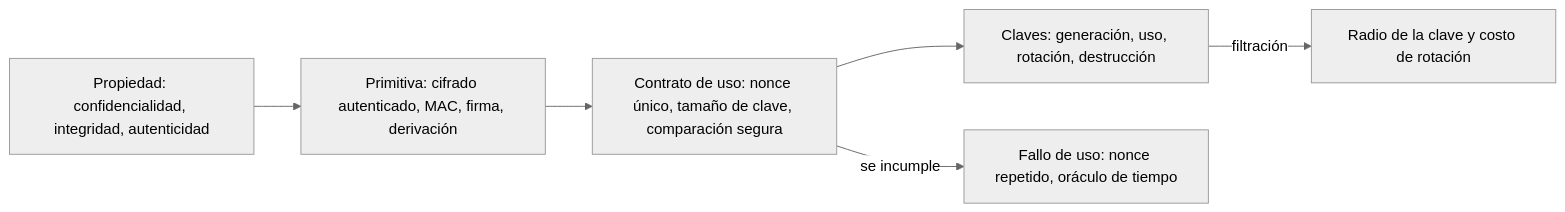
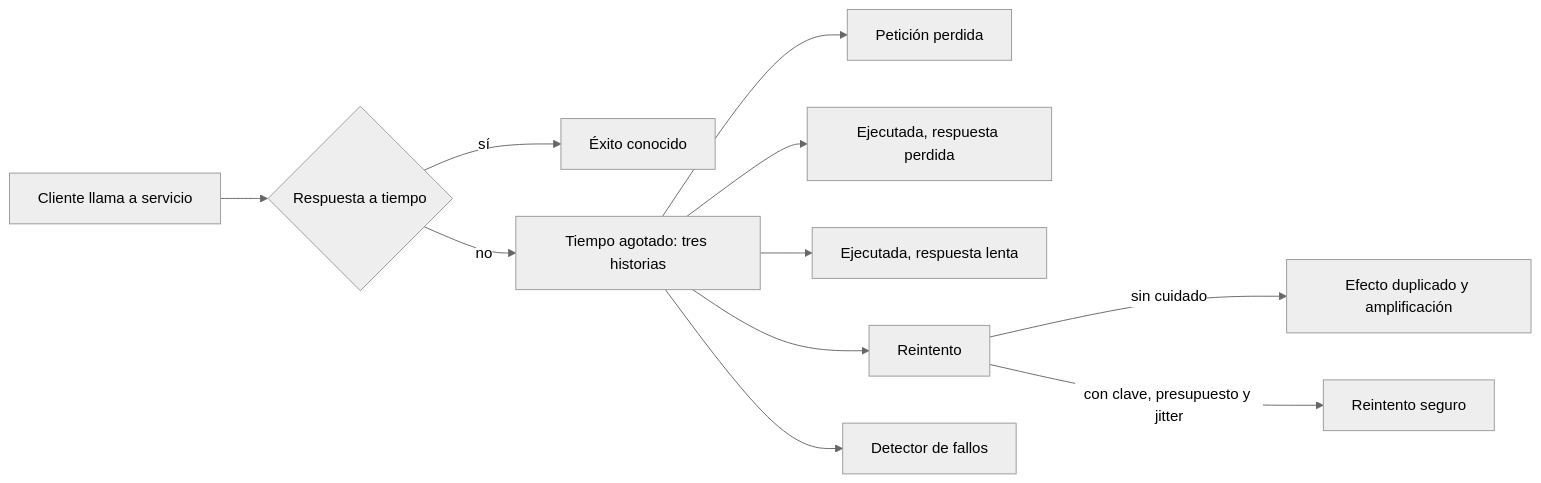
Before and after one commit to vladimiracunadev-create/modern-software-engineering-program: the diagram in content/part-32/SE-389.md, drawn with Mermaid (neutral theme). The commit also changed other lines of this file and 5193 other files, not shown here.

````diff
--- a/content/part-32/SE-389.md
+++ b/content/part-32/SE-389.md
@@ -56,8 +55,13 @@
 ```mermaid
 flowchart LR
-    A[Propiedad: confidencialidad, integridad, autenticidad] --> B[Primitiva: cifrado autenticado, MAC, firma, derivación]
-    B --> C[Contrato de uso: nonce único, tamaño de clave, comparación segura]
-    C --> D[Claves: generación, uso, rotación, destrucción]
-    C -->|se incumple| E[Fallo de uso: nonce repetido, oráculo de tiempo]
-    D -->|filtración| F[Radio de la clave y costo de rotación]
+    A[Cliente llama a servicio] --> B{Respuesta a tiempo}
+    B -->|sí| C[Éxito conocido]
+    B -->|no| D[Tiempo agotado: tres historias]
+    D --> E[Petición perdida]
+    D --> F[Ejecutada, respuesta perdida]
+    D --> G[Ejecutada, respuesta lenta]
+    D --> H[Reintento]
+    H -->|sin cuidado| I[Efecto duplicado y amplificación]
+    H -->|con clave, presupuesto y jitter| J[Reintento seguro]
+    D --> K[Detector de fallos]
 ```
````
